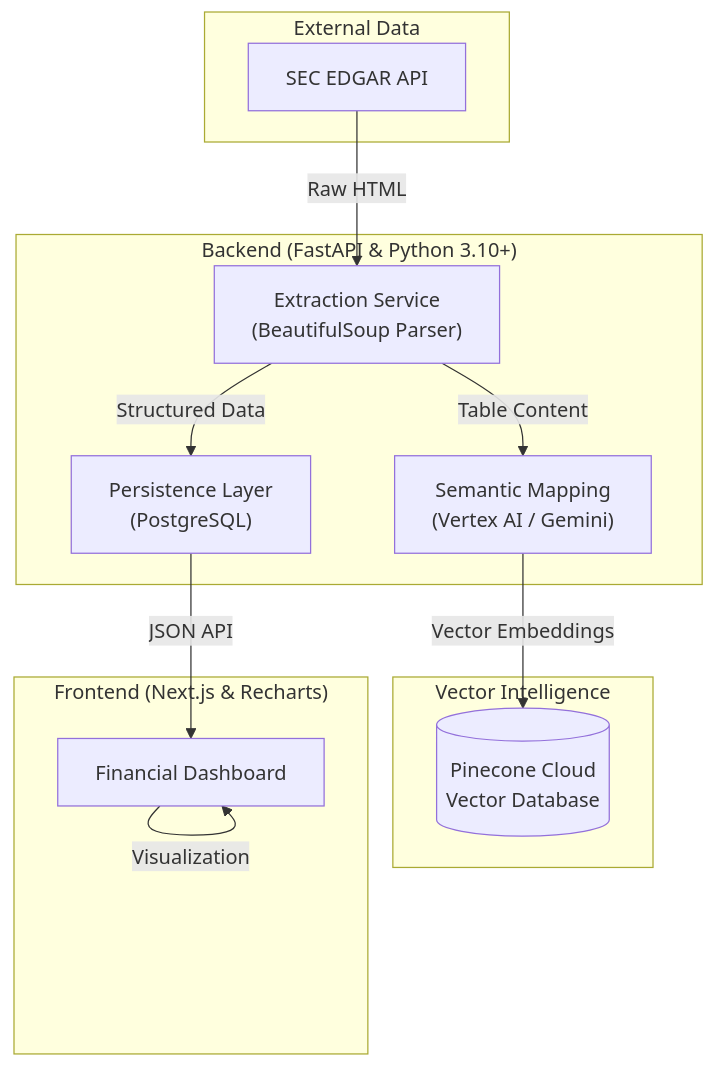
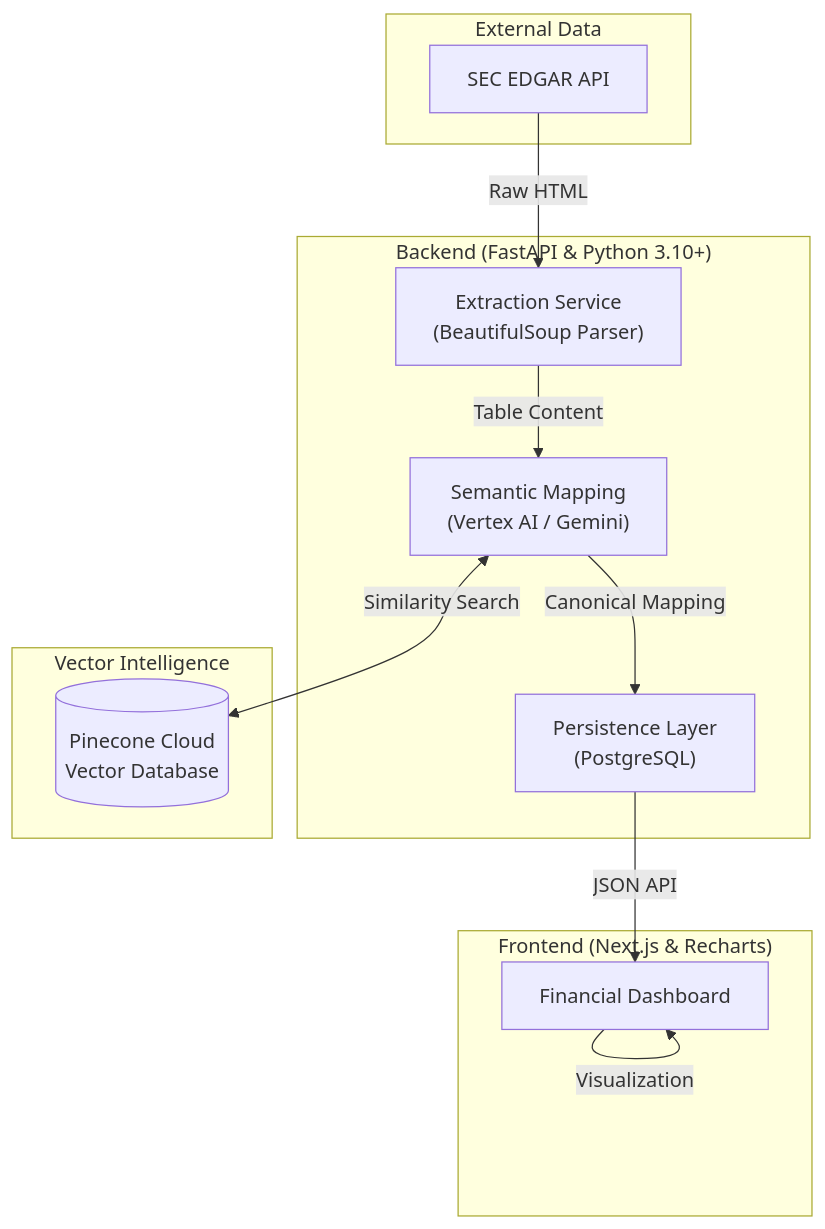
One commit to gurpr337/sec-project changed the diagram in README.md. Above: the diagram before and after it, drawn with Mermaid. The commit also changed other lines of this file and 15 other files, not shown here.

````diff
--- a/README.md
+++ b/README.md
@@ -20,28 +22,28 @@
 ```mermaid
 graph TD
     subgraph "External Data"
         SEC["SEC EDGAR API"]
     end
 
     subgraph "Backend (FastAPI & Python 3.10+)"
         Extractor["Extraction Service<br/>(BeautifulSoup Parser)"]
         LLM["Semantic Mapping<br/>(Vertex AI / Gemini)"]
         Storage["Persistence Layer<br/>(PostgreSQL)"]
     end
 
     subgraph "Vector Intelligence"
         Pinecone[(Pinecone Cloud<br/>Vector Database)]
     end
 
     subgraph "Frontend (Next.js & Recharts)"
         Dashboard["Financial Dashboard"]
     end
 
     %% Data Flow
     SEC -->|Raw HTML| Extractor
     Extractor -->|Table Content| LLM
-    LLM -->|Vector Embeddings| Pinecone
-    Extractor -->|Structured Data| Storage
+    LLM <-->|Similarity Search| Pinecone
+    LLM -->|Canonical Mapping| Storage
     Storage -->|JSON API| Dashboard
     Dashboard -->|Visualization| Dashboard
 ```
````
